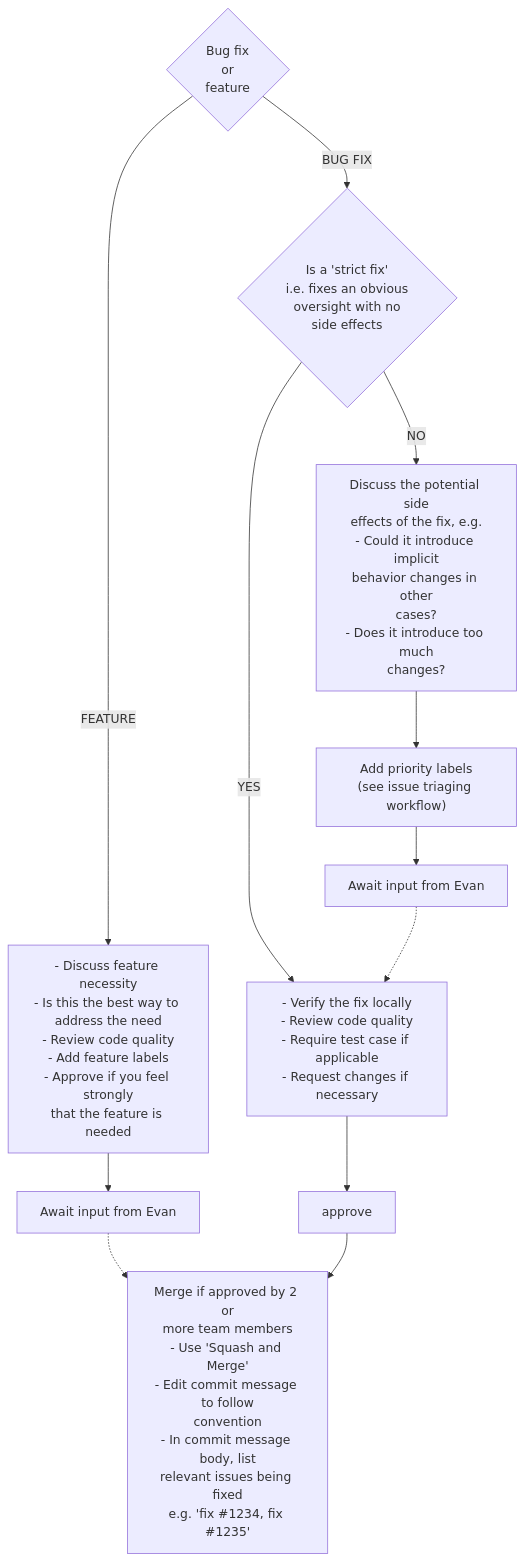
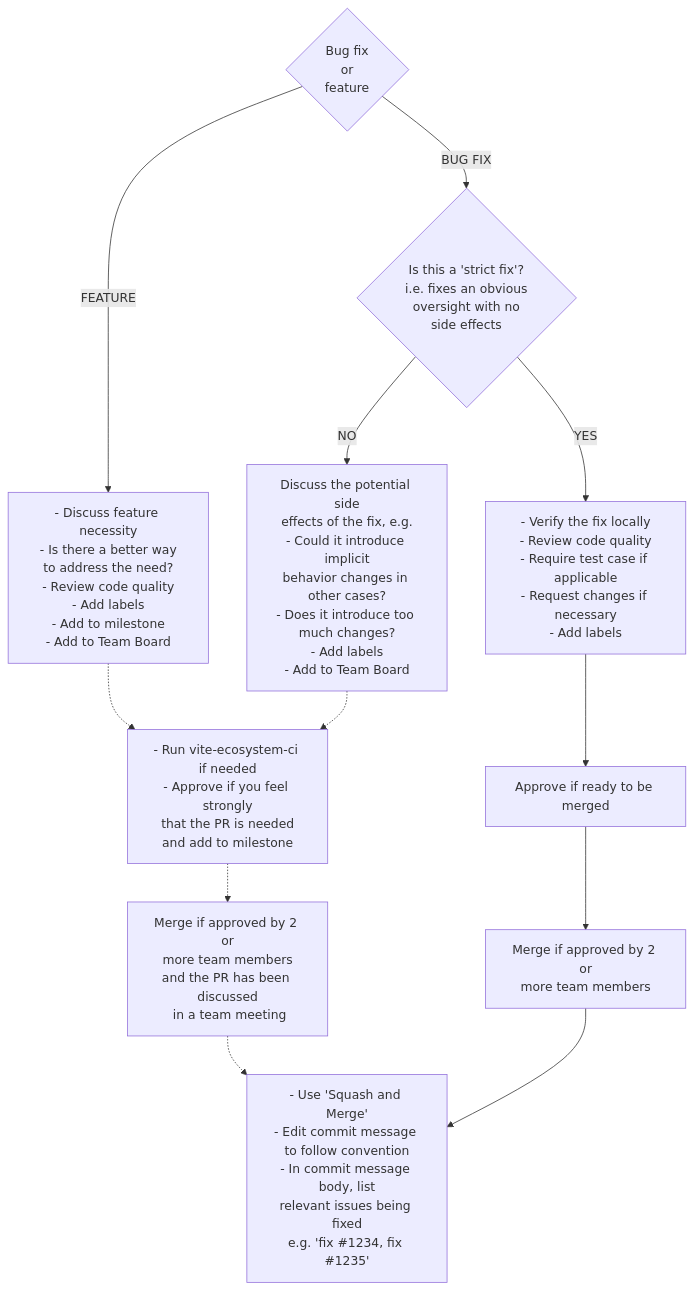
Before and after one commit to nalikiru-dev/Nalth.js: the second of 2 diagrams in CONTRIBUTING.md, drawn with Mermaid.

Commit message:
chore: update pr review diagram (#15997)

````diff
--- a/CONTRIBUTING.md
+++ b/CONTRIBUTING.md
@@ -224,15 +224,15 @@
 ```mermaid
 flowchart TD
     start{Bug fix\nor\nfeature}
-    start --BUG FIX--> strict_bug{"Is a 'strict fix'\ni.e. fixes an obvious\noversight with no\nside effects"}
-    start --FEATURE--> feature[- Discuss feature necessity\n- Is this the best way to address the need\n- Review code quality\n- Add feature labels\n- Approve if you feel strongly\nthat the feature is needed]
-    feature --> evan[Await input from Evan]
-    evan -.-> merge
-    strict_bug --YES--> strict[- Verify the fix locally\n- Review code quality\n- Require test case if applicable\n- Request changes if necessary]
-    strict_bug --NO--> non_strict[Discuss the potential side\neffects of the fix, e.g.\n- Could it introduce implicit\nbehavior changes in other\ncases?\n- Does it introduce too much\nchanges?]
-    non_strict --> label["Add priority labels\n(see issue triaging workflow)"]
-    label --> evan_non_strict[Await input from Evan]
-    evan_non_strict -.-> strict
-    strict --> approve
-    approve --> merge["Merge if approved by 2 or\nmore team members\n- Use 'Squash and Merge'\n- Edit commit message to follow\nconvention\n- In commit message body, list\nrelevant issues being fixed\ne.g. 'fix #1234, fix #1235'"]
+    start --BUG FIX--> strict_bug{"Is this a 'strict fix'?\ni.e. fixes an obvious\noversight with no\nside effects"}
+    start --FEATURE--> feature[- Discuss feature necessity\n- Is there a better way\nto address the need?\n- Review code quality\n- Add labels\n- Add to milestone\n- Add to Team Board]
+    feature -.-> approve_non_strict[- Run vite-ecosystem-ci if needed\n- Approve if you feel strongly\nthat the PR is needed\nand add to milestone]
+    strict_bug --YES--> strict[- Verify the fix locally\n- Review code quality\n- Require test case if applicable\n- Request changes if necessary\n- Add labels]
+    strict_bug --NO--> non_strict[Discuss the potential side\neffects of the fix, e.g.\n- Could it introduce implicit\nbehavior changes in other cases?\n- Does it introduce too much changes?\n- Add labels\n- Add to Team Board]
+    non_strict -.-> approve_non_strict
+    strict --> approve_strict[Approve if ready to be merged]
+    approve_strict --> merge_strict[Merge if approved by 2 or\nmore team members]
+    approve_non_strict -.-> merge_non_strict[Merge if approved by 2 or\nmore team members\nand the PR has been discussed\n in a team meeting]
+    merge_non_strict -.-> merge_extra
+    merge_strict --> merge_extra["- Use 'Squash and Merge'\n- Edit commit message to follow convention\n- In commit message body, list\nrelevant issues being fixed\ne.g. 'fix #1234, fix #1235'"]
 ```
````
